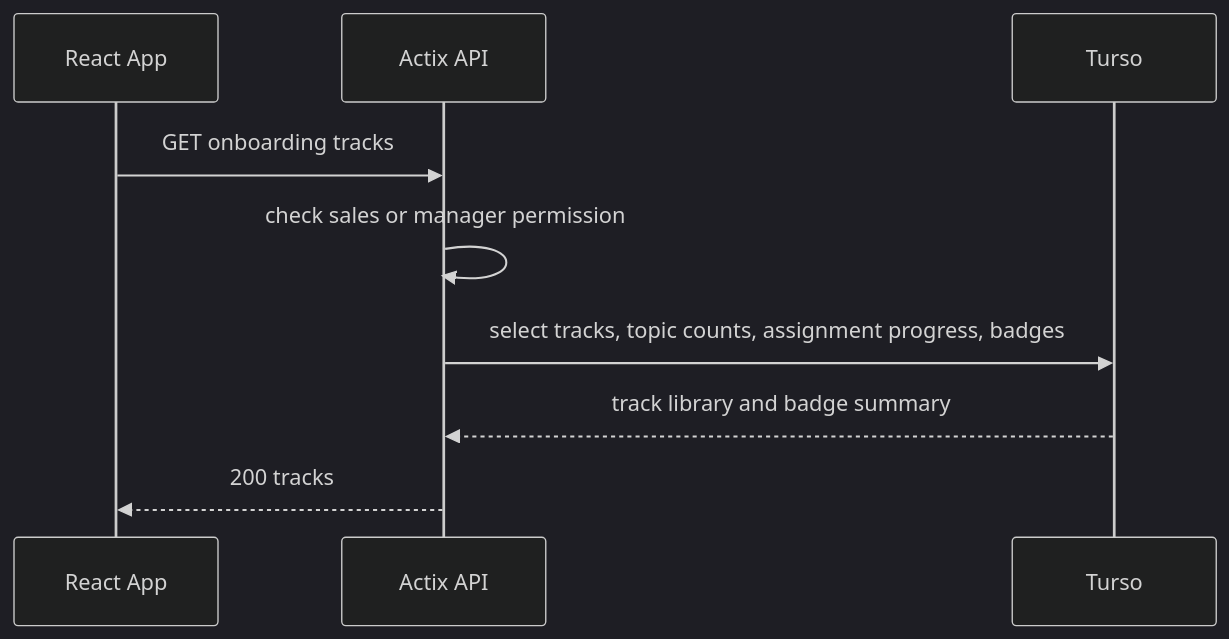
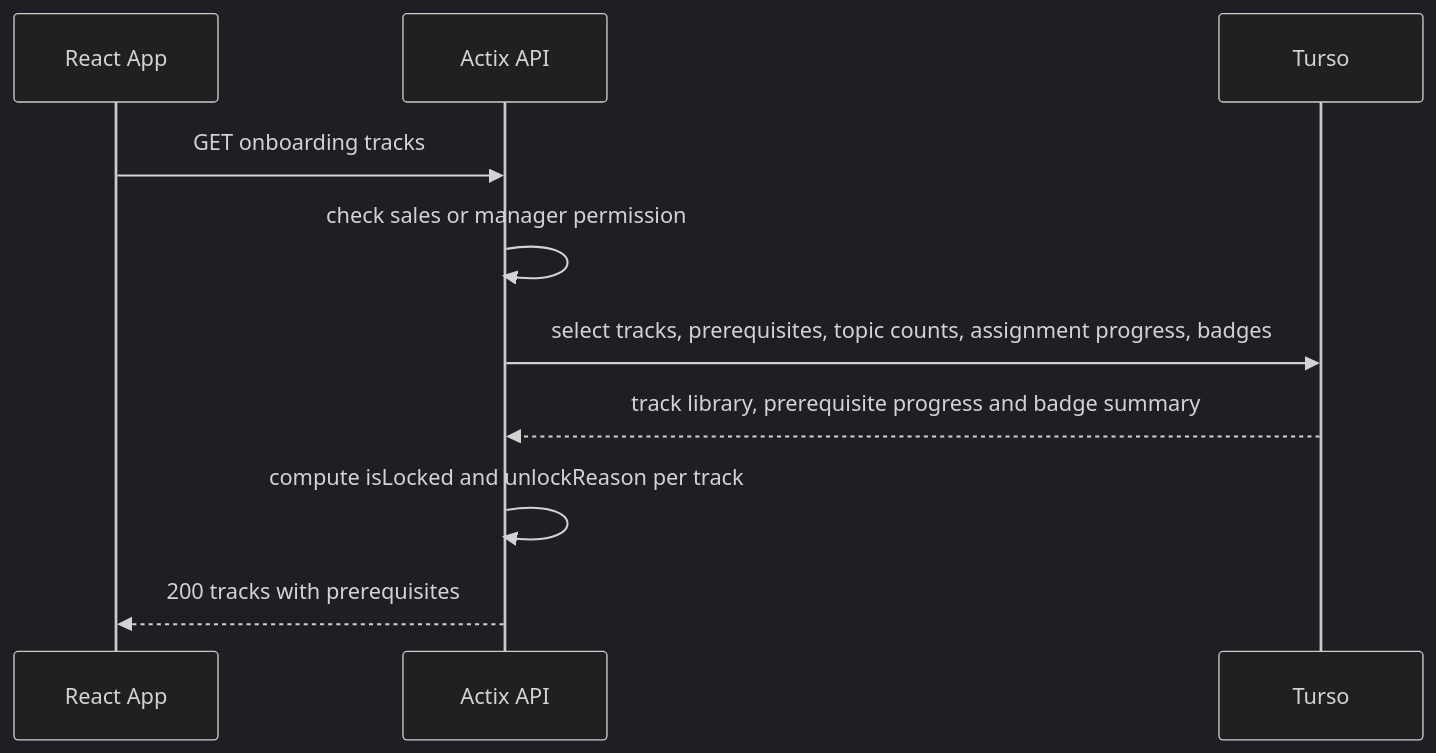
Diagram 21 of 24 in docs/dev/api-sequence-diagrams.md (CopimatorKung/Temp), drawn with Mermaid (dark theme) before and after one commit. The commit also changed other lines of this file and 20 other files, not shown here.

````diff
--- a/docs/dev/api-sequence-diagrams.md
+++ b/docs/dev/api-sequence-diagrams.md
@@ -394,12 +495,13 @@
 ```mermaid
 sequenceDiagram
     participant FE as React App
     participant API as Actix API
     participant DB as Turso
 
     FE->>API: GET onboarding tracks
     API->>API: check sales or manager permission
-    API->>DB: select tracks, topic counts, assignment progress, badges
-    DB-->>API: track library and badge summary
-    API-->>FE: 200 tracks
+    API->>DB: select tracks, prerequisites, topic counts, assignment progress, badges
+    DB-->>API: track library, prerequisite progress and badge summary
+    API->>API: compute isLocked and unlockReason per track
+    API-->>FE: 200 tracks with prerequisites
 ```
````
